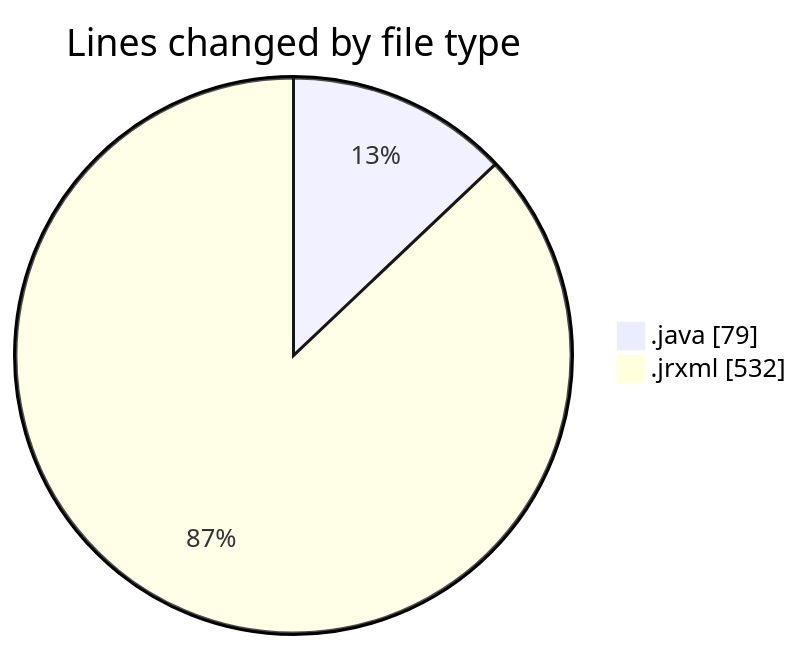
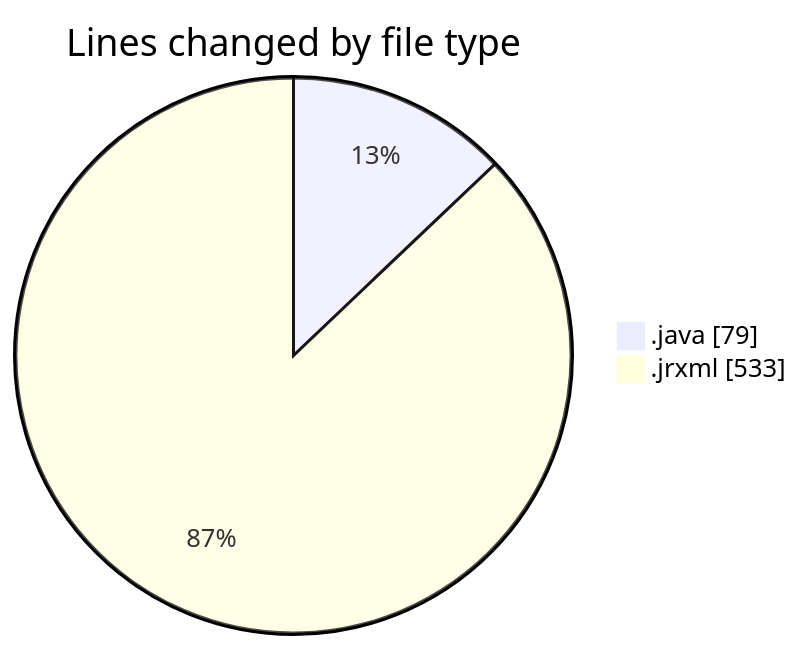
One commit to ricardozamudiocil/code-tracking changed the first of 2 diagrams in 2026-10-07/cilreports__workspace_/README.md. Above: the diagram before and after it, drawn with Mermaid. The commit also changed other lines of this file and 1 other file, not shown here.

````diff
--- a/2026-10-07/cilreports__workspace_/README.md
+++ b/2026-10-07/cilreports__workspace_/README.md
@@ -23,6 +23,6 @@
 ```mermaid
 pie showData
 title Lines changed by file type
 ".java" : 79
-".jrxml" : 532
+".jrxml" : 533
 ```
````
